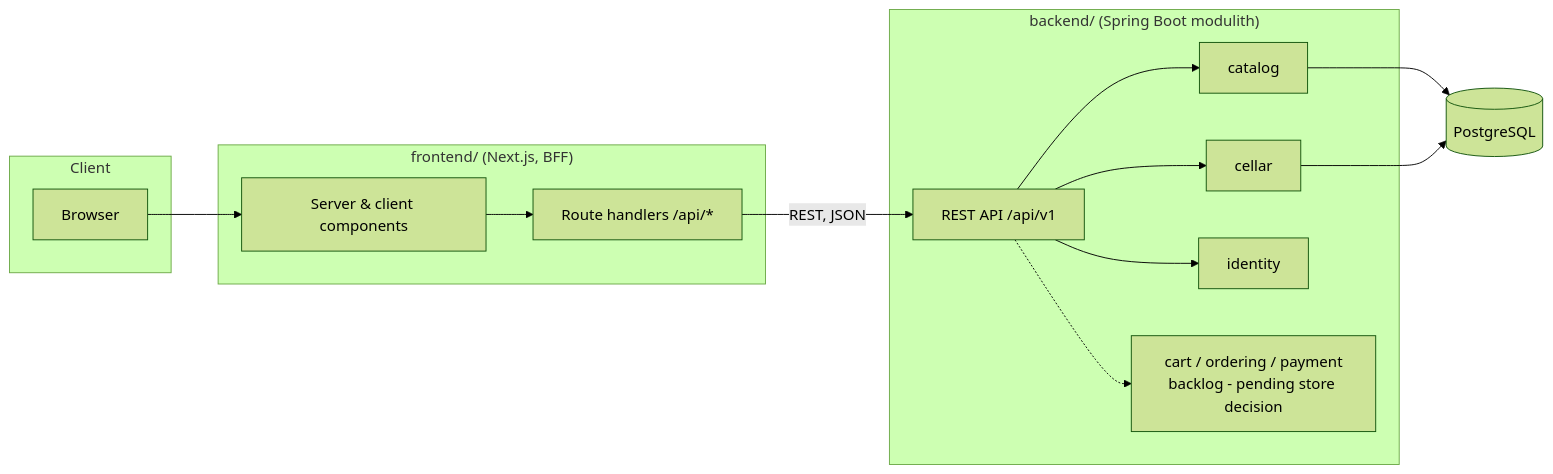
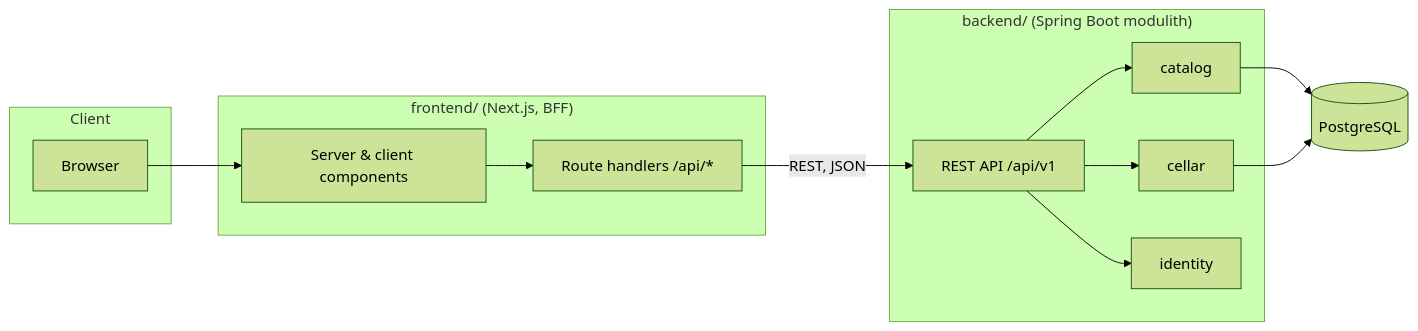
The diagram in docs/architecture.md (MiguelSombrero/kalia), drawn with Mermaid (forest theme) before and after one commit. The commit also changed other lines of this file and 33 other files, not shown here.

````diff
--- a/docs/architecture.md
+++ b/docs/architecture.md
@@ -45,23 +49,21 @@
 ```mermaid
 flowchart LR
     subgraph Client
         Browser
     end
     subgraph Frontend["frontend/ (Next.js, BFF)"]
         UI[Server & client components]
         RH[Route handlers /api/*]
     end
     subgraph Backend["backend/ (Spring Boot modulith)"]
         API[REST API /api/v1]
         CAT[catalog]
         CEL[cellar]
         IDN[identity]
-        STORE[cart / ordering / payment<br/>backlog - pending store decision]
     end
     Browser --> UI
     UI --> RH
     RH -->|REST, JSON| API
     API --> CAT & CEL & IDN
-    API -.-> STORE
     CAT & CEL --> PG[(PostgreSQL)]
 ```
````
